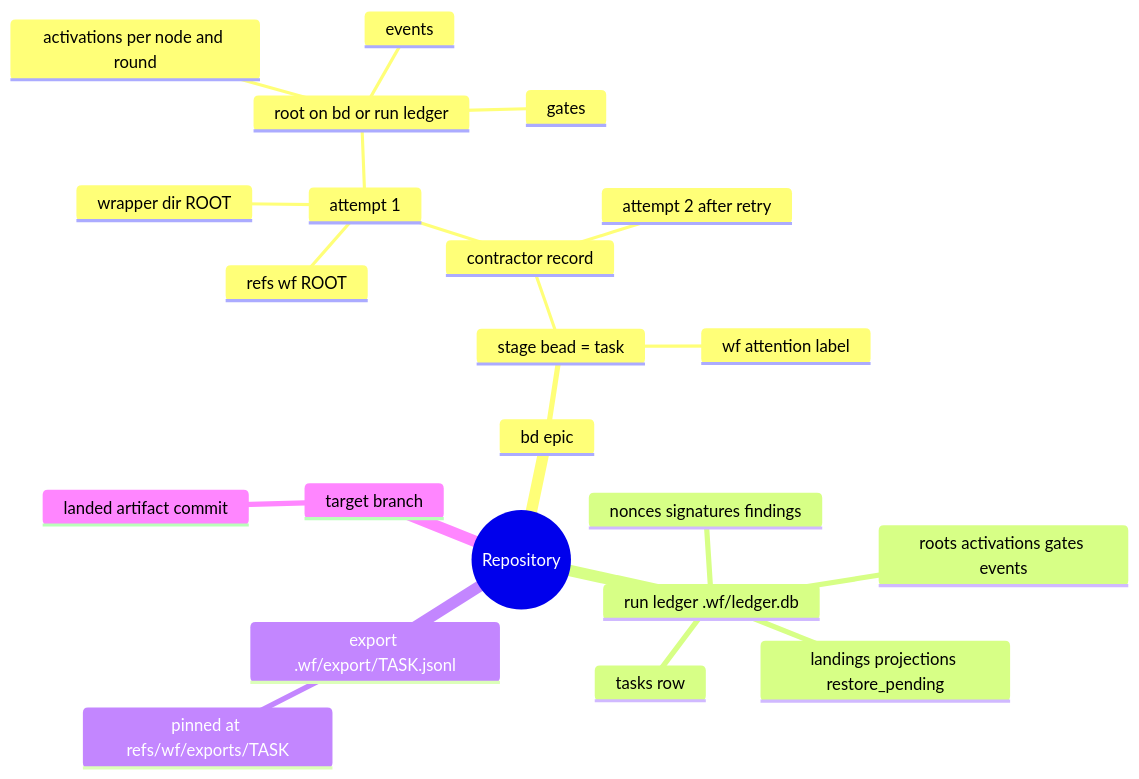
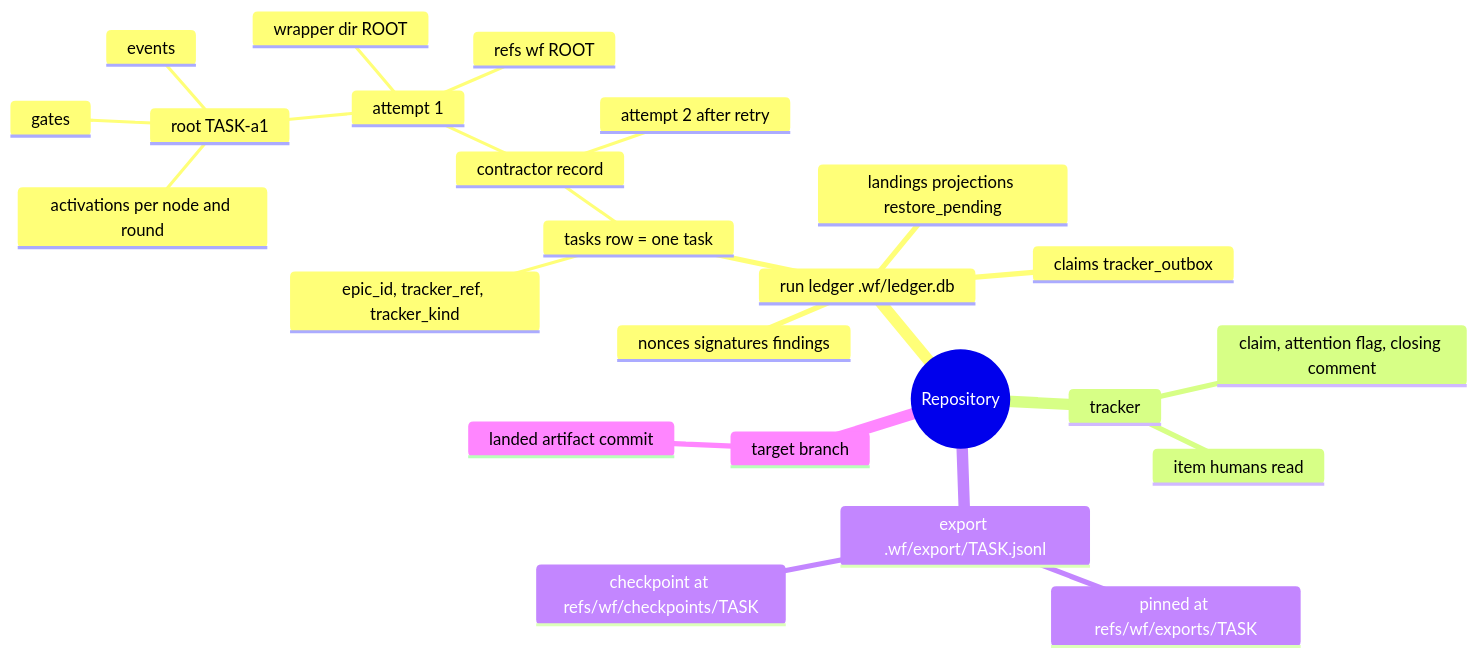
One commit to MVPavan/coding-ritual changed the sixth of 45 diagrams in docs/workflow-interpreter-guide/diagrams.md. Above: the diagram before and after it, drawn with Mermaid. The commit also changed other lines of this file and 7 other files, not shown here.

````diff
--- a/docs/workflow-interpreter-guide/diagrams.md
+++ b/docs/workflow-interpreter-guide/diagrams.md
@@ -299,25 +289,27 @@
 ```mermaid
 mindmap
   root((Repository))
-    bd epic
-      stage bead = task
+    run ledger .wf/ledger.db
+      tasks row = one task
+        epic_id, tracker_ref, tracker_kind
         contractor record
           attempt 1
-            root on bd or run ledger
+            root TASK-a1
               activations per node and round
               gates
               events
             wrapper dir ROOT
             refs wf ROOT
           attempt 2 after retry
-        wf attention label
-    run ledger .wf/ledger.db
-      tasks row
-      roots activations gates events
       nonces signatures findings
       landings projections restore_pending
+      claims tracker_outbox
+    tracker
+      item humans read
+      claim, attention flag, closing comment
     export .wf/export/TASK.jsonl
       pinned at refs/wf/exports/TASK
+      checkpoint at refs/wf/checkpoints/TASK
     target branch
       landed artifact commit
 ```
````
